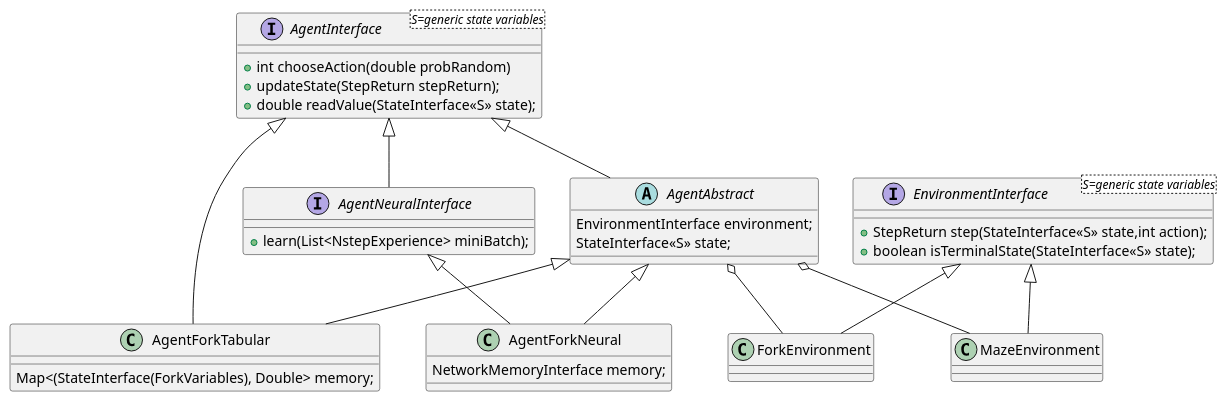
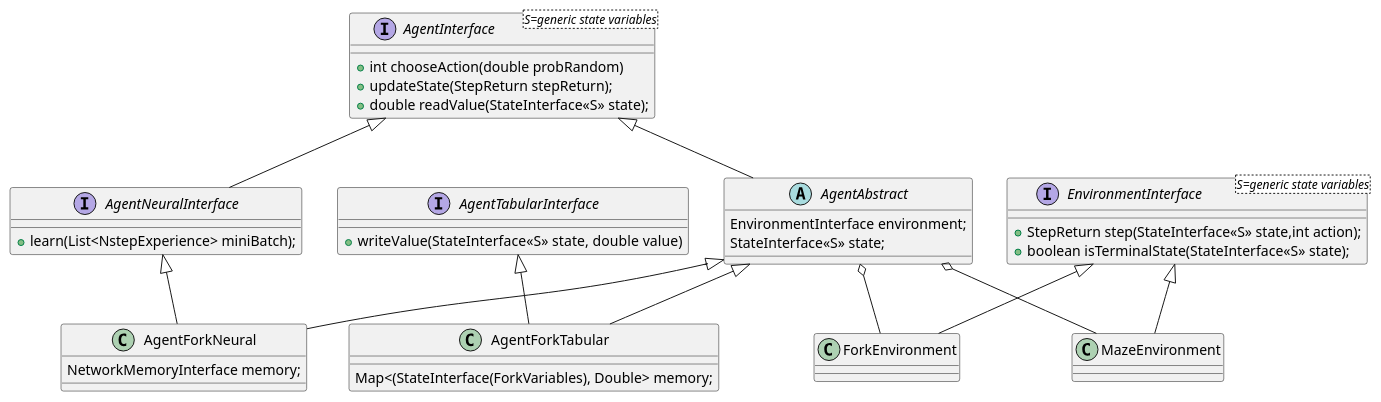
One commit to JonasHellgren/MachineLearning changed the diagram in src/main/java/multi_step_temp_diff/plantuml/mainClasses.puml. Above: the diagram before and after it, drawn with PlantUML. The commit also changed 2 other files, not shown here.

Commit message:
plantuml AgentTabularInterface

```diff
--- a/src/main/java/multi_step_temp_diff/plantuml/mainClasses.puml
+++ b/src/main/java/multi_step_temp_diff/plantuml/mainClasses.puml
@@ -1,54 +1,59 @@
 @startuml
 'https://plantuml.com/class-diagram
 
 interface AgentInterface<S=generic state variables> {
 + int chooseAction(double probRandom)
 + updateState(StepReturn stepReturn);
 + double readValue(StateInterface<<S>> state);
 }
 
 interface AgentNeuralInterface {
 + learn(List<NstepExperience> miniBatch);
 }
+
+interface AgentTabularInterface {
++writeValue(StateInterface<<S>>  state, double value)
+}
+
 
 interface EnvironmentInterface<S=generic state variables> {
 +  StepReturn step(StateInterface<<S>> state,int action);
 +  boolean isTerminalState(StateInterface<<S>> state);
 }
 
 
 abstract class AgentAbstract {
     EnvironmentInterface environment;
     StateInterface<<S>> state;
 }
 
 
 class AgentForkNeural {
 NetworkMemoryInterface memory;
 }
 class AgentForkTabular  {
 Map<(StateInterface(ForkVariables), Double> memory;
 }
 class ForkEnvironment
 class MazeEnvironment
 
 
 AgentInterface <|-- AgentNeuralInterface
 
 AgentInterface <|-- AgentAbstract
 AgentNeuralInterface <|-- AgentForkNeural
-AgentInterface <|-- AgentForkTabular
+AgentTabularInterface <|-- AgentForkTabular
 AgentAbstract <|-- AgentForkNeural
 AgentAbstract <|-- AgentForkTabular
 
 EnvironmentInterface <|-- ForkEnvironment
 EnvironmentInterface <|-- MazeEnvironment
 
 AgentAbstract  o-- ForkEnvironment
 AgentAbstract  o-- MazeEnvironment
 
 
 
 
 
 @enduml
```
